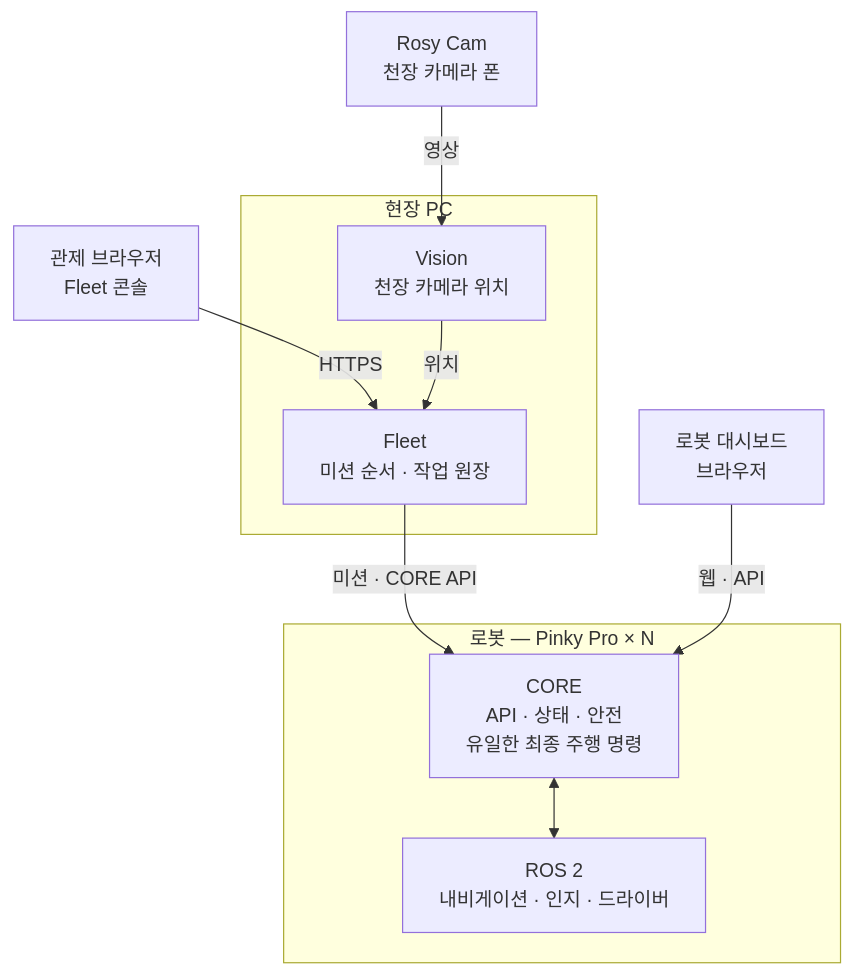
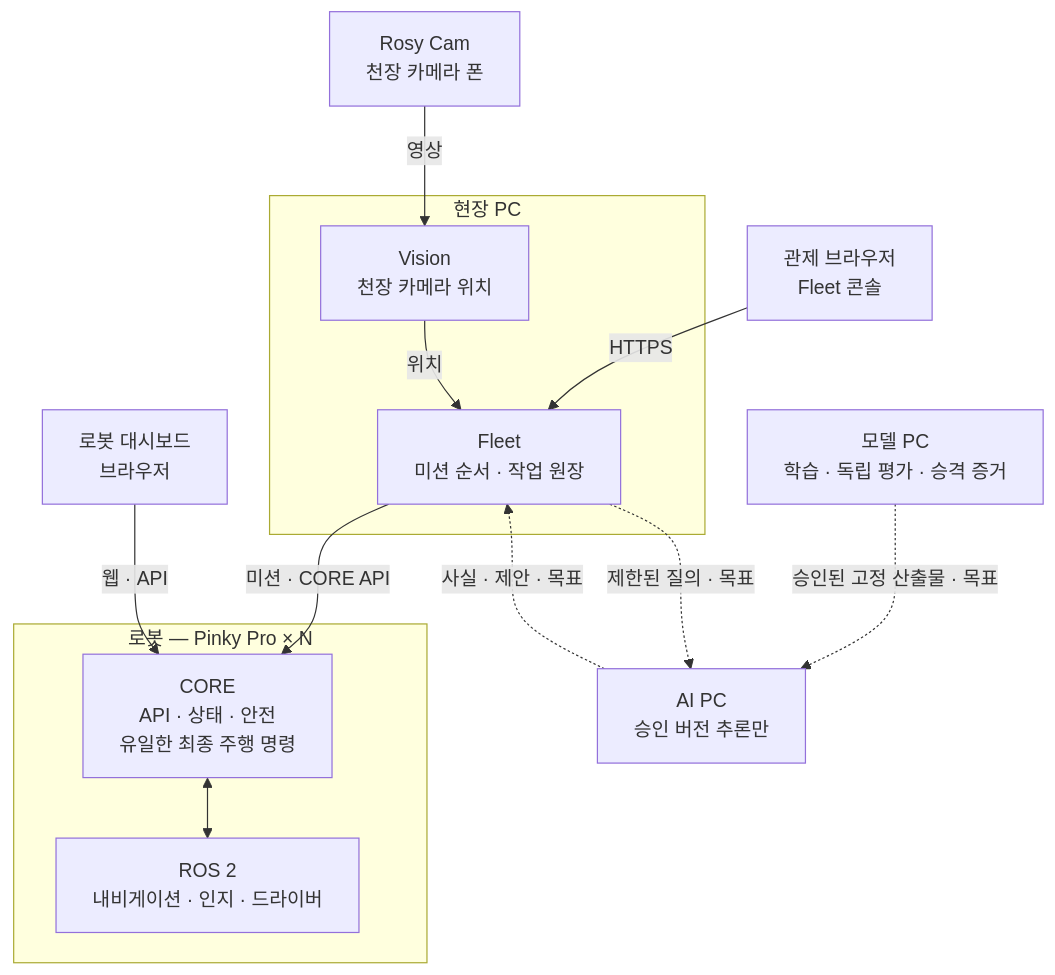
One commit to robotics-team-1213/rosy-platform changed the first of 2 diagrams in README.md. Above: the diagram before and after it, drawn with Mermaid. The commit also changed other lines of this file and 5 other files, not shown here.

````diff
--- a/README.md
+++ b/README.md
@@ -13,17 +13,20 @@
 ```mermaid
 flowchart TB
     op["관제 브라우저<br/>Fleet 콘솔"] -->|HTTPS| fleet
     cam["Rosy Cam<br/>천장 카메라 폰"] -->|영상| vision
     subgraph site["현장 PC"]
         fleet["Fleet<br/>미션 순서 · 작업 원장"]
         vision["Vision<br/>천장 카메라 위치"]
         vision -->|위치| fleet
     end
     subgraph robot["로봇 — Pinky Pro × N"]
         core["CORE<br/>API · 상태 · 안전<br/>유일한 최종 주행 명령"]
         ros["ROS 2<br/>내비게이션 · 인지 · 드라이버"]
         core <--> ros
     end
     fleet -->|미션 · CORE API| core
     dash["로봇 대시보드<br/>브라우저"] -->|웹 · API| core
+    model["모델 PC<br/>학습 · 독립 평가 · 승격 증거"] -.->|승인된 고정 산출물 · 목표| ai
+    ai["AI PC<br/>승인 버전 추론만"] -.->|사실 · 제안 · 목표| fleet
+    fleet -.->|제한된 질의 · 목표| ai
 ```
````
